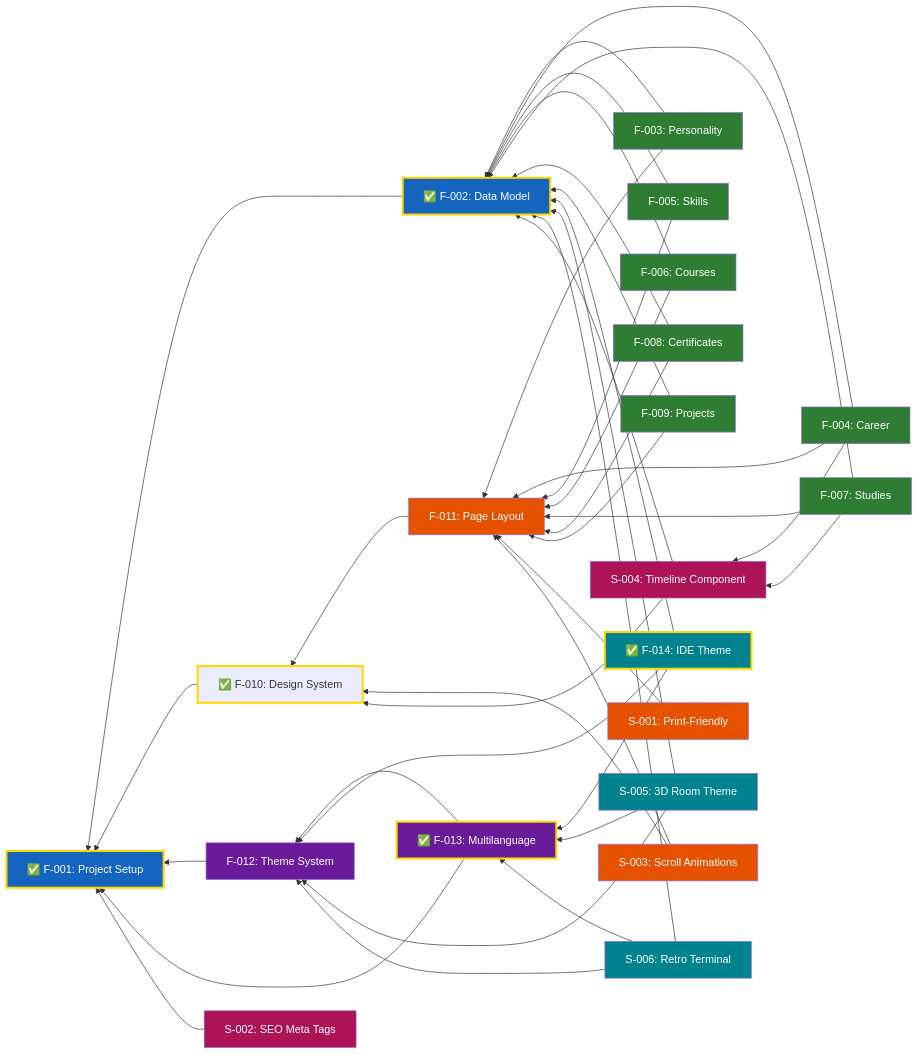
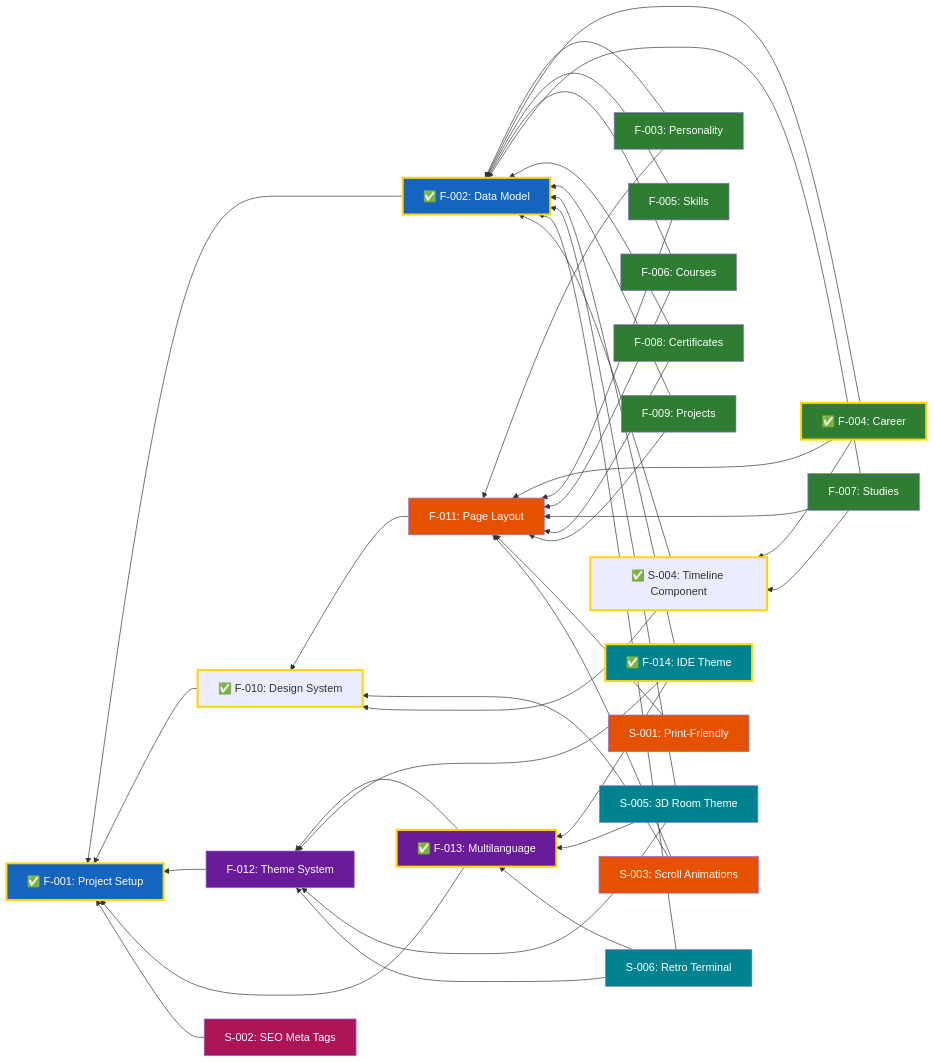
The diagram in docs/Features.md (garcipat/cv-website), drawn with Mermaid before and after one commit. The commit also changed other lines of this file, not shown here.

Commit message:
mark F-004 and S-004 as partially done (IDE timeline viewer)

````diff
--- a/docs/Features.md
+++ b/docs/Features.md
@@ -82,7 +82,7 @@
     F001["✅ F-001: Project Setup"]
     F002["✅ F-002: Data Model"]
     F003["F-003: Personality"]
-    F004["F-004: Career"]
+    F004["✅ F-004: Career"]
     F005["F-005: Skills"]
     F006["F-006: Courses"]
     F007["F-007: Studies"]
@@ -96,7 +96,7 @@
     S001["S-001: Print-Friendly"]
     S002["S-002: SEO Meta Tags"]
     S003["S-003: Scroll Animations"]
-    S004["S-004: Timeline Component"]
+    S004["✅ S-004: Timeline Component"]
     S005["S-005: 3D Room Theme"]
     S006["S-006: Retro Terminal"]
 
@@ -160,5 +160,7 @@
     class F012,F013 themeInfrastructure
     class F014,S005,S006 themes
     class F014 done
-    class S002,S004 enhancements
+    class F004 done
+    class S004 done
+    class S002 enhancements
 ```
````
